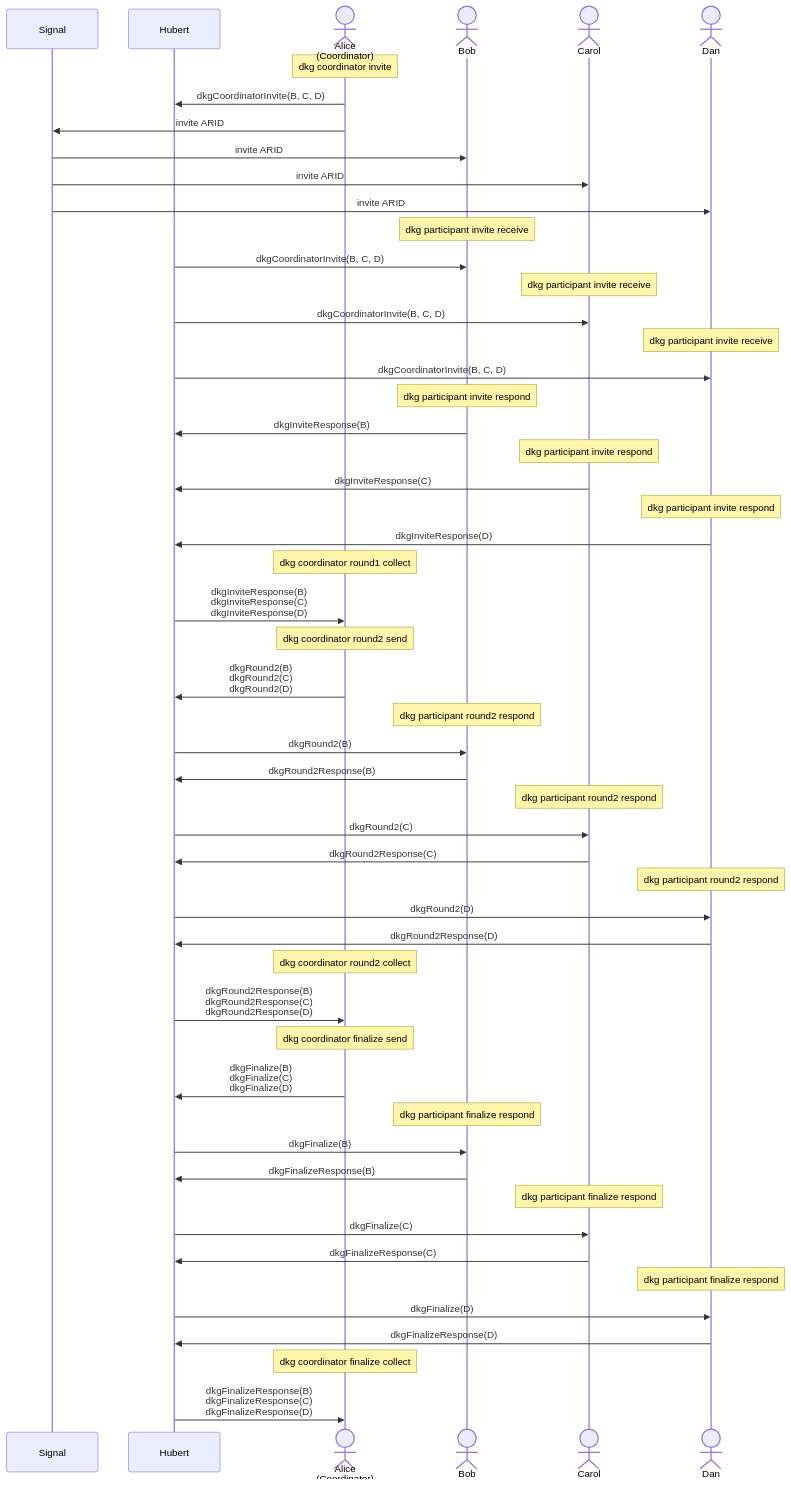
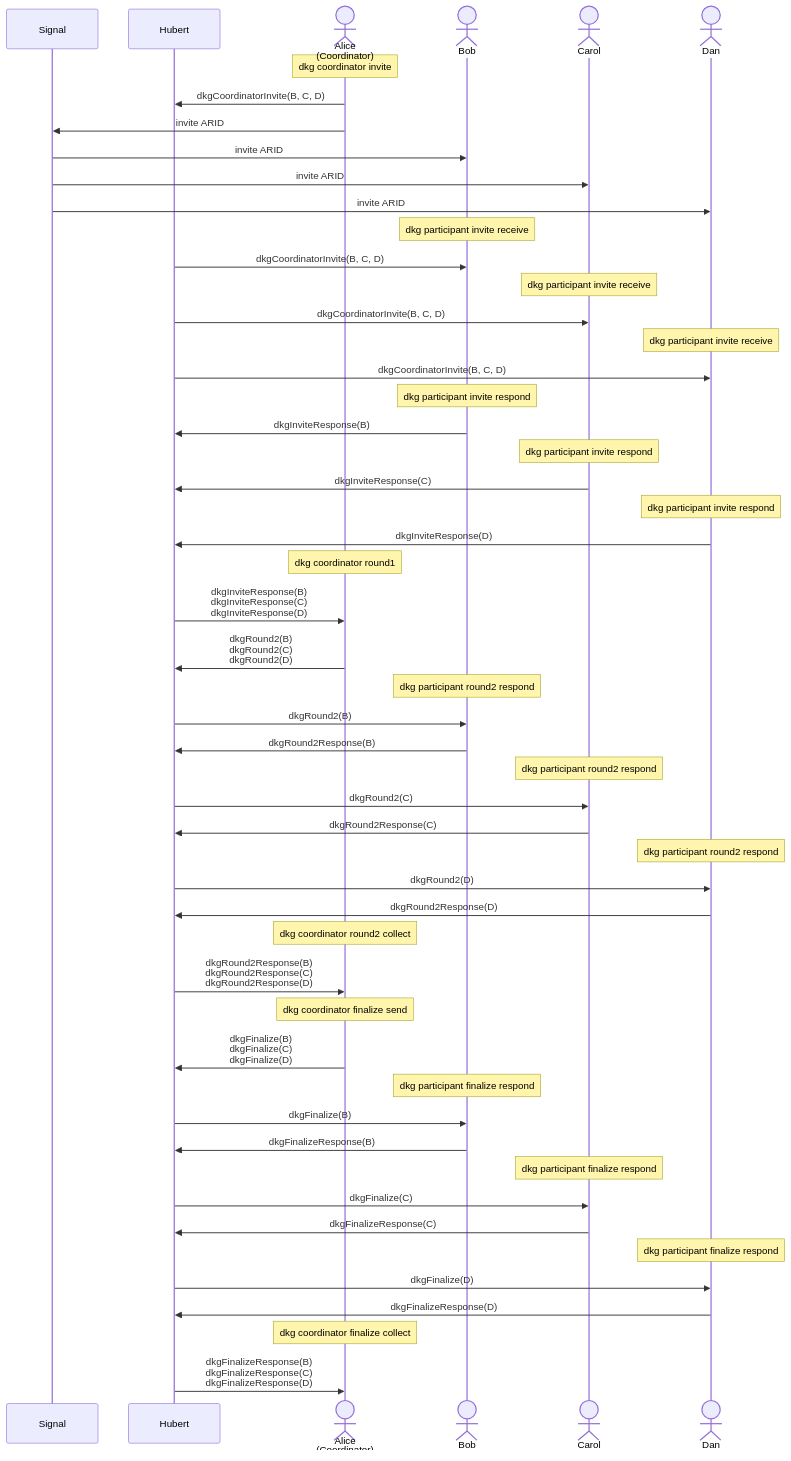
The second of 3 diagrams in sequence-diagram.md (BlockchainCommons/frost-rust), drawn with Mermaid before and after one commit. The commit also changed 9 other files, not shown here.

````diff
--- a/sequence-diagram.md
+++ b/sequence-diagram.md
@@ -26,73 +26,71 @@
 ```mermaid
 sequenceDiagram
     participant S as Signal
     participant H as Hubert
     actor A as Alice<br/>(Coordinator)
     actor B as Bob
     actor C as Carol
     actor D as Dan
 
     note over A: dkg coordinator invite
     A->>H: dkgCoordinatorInvite(B, C, D)
     A->>S: invite ARID
     S->>B: invite ARID
     S->>C: invite ARID
     S->>D: invite ARID
 
     note over B: dkg participant invite receive
     H->>B: dkgCoordinatorInvite(B, C, D)
 
     note over C: dkg participant invite receive
     H->>C: dkgCoordinatorInvite(B, C, D)
 
     note over D: dkg participant invite receive
     H->>D: dkgCoordinatorInvite(B, C, D)
 
     note over B: dkg participant invite respond
     B->>H: dkgInviteResponse(B)
 
     note over C: dkg participant invite respond
     C->>H: dkgInviteResponse(C)
 
     note over D: dkg participant invite respond
     D->>H: dkgInviteResponse(D)
 
-    note over A: dkg coordinator round1 collect
+    note over A: dkg coordinator round1
     H->>A: dkgInviteResponse(B)<br/>dkgInviteResponse(C)<br/>dkgInviteResponse(D)
-
-    note over A: dkg coordinator round2 send
     A->>H: dkgRound2(B)<br/>dkgRound2(C)<br/>dkgRound2(D)
 
     note over B: dkg participant round2 respond
     H->>B: dkgRound2(B)
     B->>H: dkgRound2Response(B)
 
     note over C: dkg participant round2 respond
     H->>C: dkgRound2(C)
     C->>H: dkgRound2Response(C)
 
     note over D: dkg participant round2 respond
     H->>D: dkgRound2(D)
     D->>H: dkgRound2Response(D)
 
     note over A: dkg coordinator round2 collect
     H->>A: dkgRound2Response(B)<br/>dkgRound2Response(C)<br/>dkgRound2Response(D)
 
     note over A: dkg coordinator finalize send
     A->>H: dkgFinalize(B)<br/>dkgFinalize(C)<br/>dkgFinalize(D)
 
     note over B: dkg participant finalize respond
     H->>B: dkgFinalize(B)
     B->>H: dkgFinalizeResponse(B)
 
     note over C: dkg participant finalize respond
     H->>C: dkgFinalize(C)
     C->>H: dkgFinalizeResponse(C)
 
     note over D: dkg participant finalize respond
     H->>D: dkgFinalize(D)
     D->>H: dkgFinalizeResponse(D)
 
     note over A: dkg coordinator finalize collect
     H->>A: dkgFinalizeResponse(B)<br/>dkgFinalizeResponse(C)<br/>dkgFinalizeResponse(D)
 ```
````
